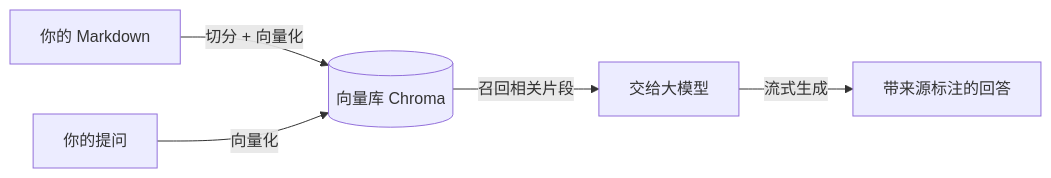
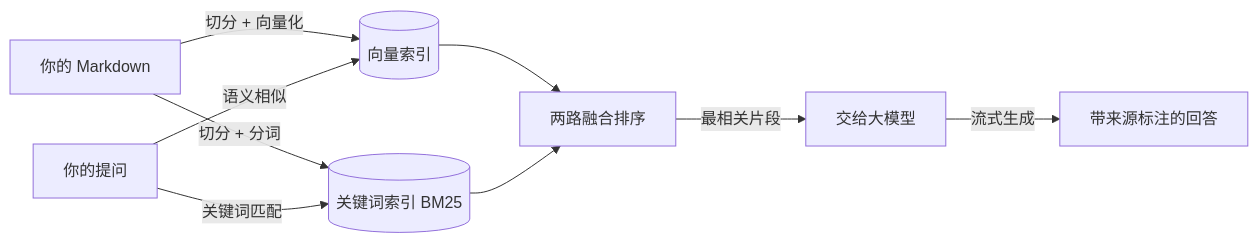
Before and after one commit to jun2333/knowledge: the diagram in docs/getting-started/index.md, drawn with Mermaid. The commit also changed other lines of this file and 5 other files, not shown here.

````diff
--- a/docs/getting-started/index.md
+++ b/docs/getting-started/index.md
@@ -23,7 +22,11 @@
 ```mermaid
 flowchart LR
-    A[你的 Markdown] -->|切分 + 向量化| B[(向量库 Chroma)]
-    Q[你的提问] -->|向量化| B
-    B -->|召回相关片段| C[交给大模型]
+    A[你的 Markdown] -->|切分 + 向量化| B[(向量索引)]
+    A -->|切分 + 分词| K[(关键词索引 BM25)]
+    Q[你的提问] -->|语义相似| B
+    Q -->|关键词匹配| K
+    B --> R[两路融合排序]
+    K --> R
+    R -->|最相关片段| C[交给大模型]
     C -->|流式生成| D[带来源标注的回答]
 ```
````
